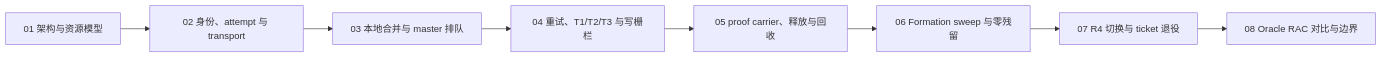
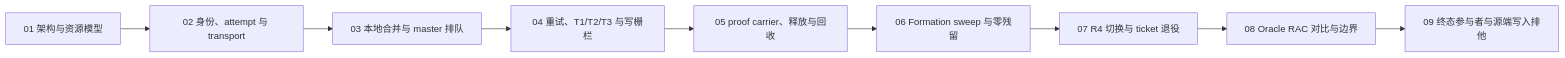
The first of 2 diagrams in docs/architecture/resource-x/README.md (sqlrush/linkdb), drawn with Mermaid before and after one commit. The commit also changed other lines of this file and 1 other file, not shown here.

Commit message:
docs: explain Resource-X terminal cleanup and writer exclusion

````diff
--- a/docs/architecture/resource-x/README.md
+++ b/docs/architecture/resource-x/README.md
@@ -20,10 +20,11 @@
 ```mermaid
 flowchart LR
     A[01 架构与资源模型] --> B[02 身份、attempt 与 transport]
     B --> C[03 本地合并与 master 排队]
     C --> D[04 重试、T1/T2/T3 与写栅栏]
     D --> E[05 proof carrier、释放与回收]
     E --> F[06 Formation sweep 与零残留]
     F --> G[07 R4 切换与 ticket 退役]
     G --> H[08 Oracle RAC 对比与边界]
+    H --> I[09 终态参与者与源端写入排他]
 ```
````
